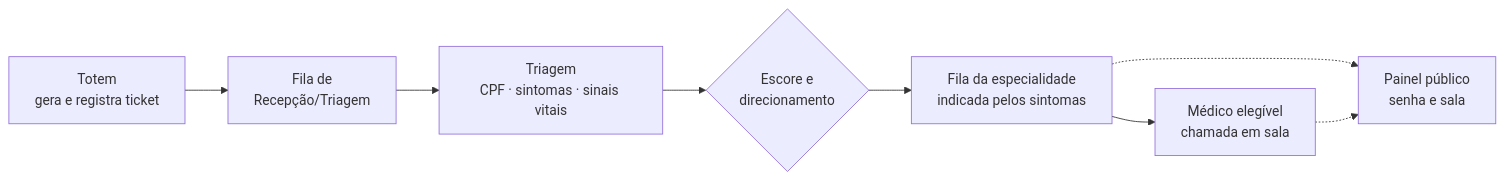
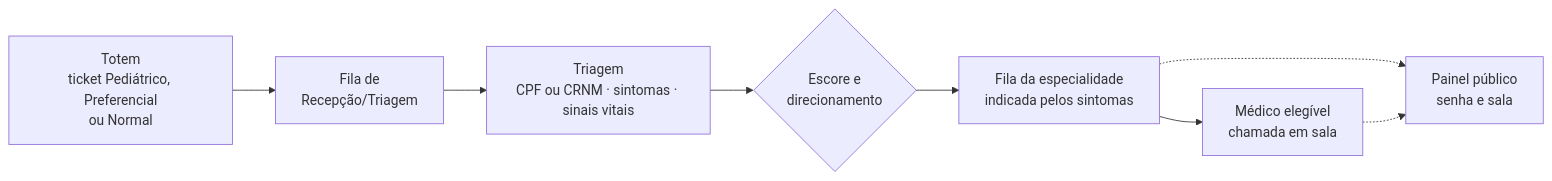
Before and after one commit to leonardo-sferreira/ps-fila-prioritaria: the first of 2 diagrams in README.md, drawn with Mermaid. The commit also changed other lines of this file, not shown here.

````diff
--- a/README.md
+++ b/README.md
@@ -35,10 +38,10 @@
 ```mermaid
 flowchart LR
-    A[Totem<br/>gera e registra ticket] --> B[Fila de<br/>Recepção/Triagem]
-    B --> C[Triagem<br/>CPF · sintomas · sinais vitais]
+    A[Totem<br/>ticket Pediátrico, Preferencial<br/>ou Normal] --> B[Fila de<br/>Recepção/Triagem]
+    B --> C[Triagem<br/>CPF ou CRNM · sintomas · sinais vitais]
     C --> D{Escore e<br/>direcionamento}
     D --> E[Fila da especialidade<br/>indicada pelos sintomas]
     E --> F[Médico elegível<br/>chamada em sala]
     E -.-> G[Painel público<br/>senha e sala]
     F -.-> G
 ```
````
